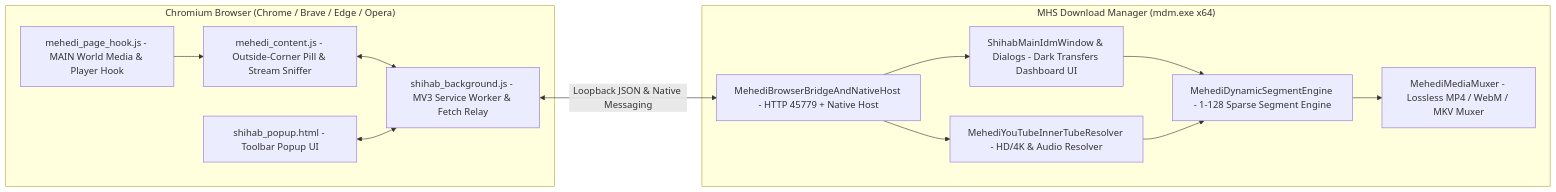
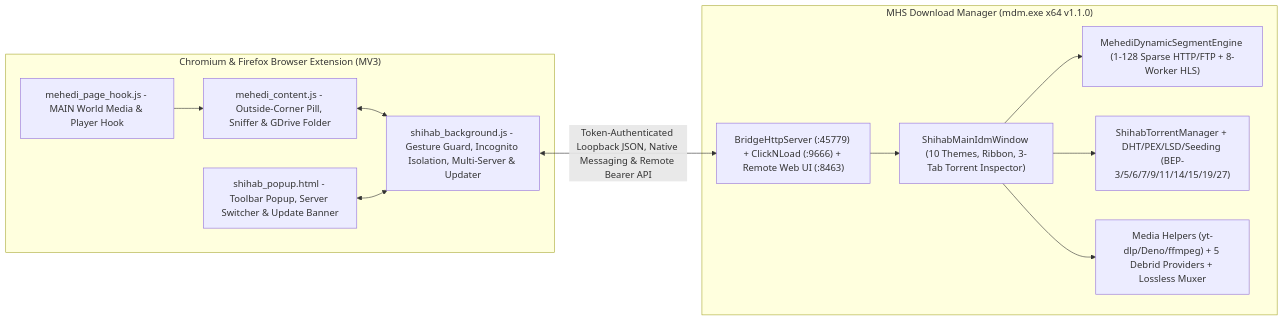
Before and after one commit to sshihabb007/MHS-DOWNLOAD-MANAGER: the diagram in README.md, drawn with Mermaid. The commit also changed other lines of this file and 57 other files, not shown here.

````diff
--- a/README.md
+++ b/README.md
@@ -144,28 +171,27 @@
 ```mermaid
 flowchart LR
-    subgraph Browser["Chromium Browser (Chrome / Brave / Edge / Opera)"]
+    subgraph Browser["Chromium & Firefox Browser Extension (MV3)"]
         PH["mehedi_page_hook.js - MAIN World Media & Player Hook"]
-        CS["mehedi_content.js - Outside-Corner Pill & Stream Sniffer"]
-        SW["shihab_background.js - MV3 Service Worker & Fetch Relay"]
-        PU["shihab_popup.html - Toolbar Popup UI"]
+        CS["mehedi_content.js - Outside-Corner Pill, Sniffer & GDrive Folder"]
+        SW["shihab_background.js - Gesture Guard, Incognito Isolation, Multi-Server & Updater"]
+        PU["shihab_popup.html - Toolbar Popup, Server Switcher & Update Banner"]
         PH --> CS
         CS <--> SW
         PU <--> SW
     end
 
-    subgraph Desktop["MHS Download Manager (mdm.exe x64)"]
-        BR["MehediBrowserBridgeAndNativeHost - HTTP 45779 + Native Host"]
-        UI["ShihabMainIdmWindow & Dialogs - Dark Transfers Dashboard UI"]
-        YT["MehediYouTubeInnerTubeResolver - HD/4K & Audio Resolver"]
-        DE["MehediDynamicSegmentEngine - 1-128 Sparse Segment Engine"]
-        MX["MehediMediaMuxer - Lossless MP4 / WebM / MKV Muxer"]
+    subgraph Desktop["MHS Download Manager (mdm.exe x64 v1.1.0)"]
+        BR["BridgeHttpServer (:45779) + ClickNLoad (:9666) + Remote Web UI (:8463)"]
+        UI["ShihabMainIdmWindow (10 Themes, Ribbon, 3-Tab Torrent Inspector)"]
+        DE["MehediDynamicSegmentEngine (1-128 Sparse HTTP/FTP + 8-Worker HLS)"]
+        BT["ShihabTorrentManager + DHT/PEX/LSD/Seeding (BEP-3/5/6/7/9/11/14/15/19/27)"]
+        MD["Media Helpers (yt-dlp/Deno/ffmpeg) + 5 Debrid Providers + Lossless Muxer"]
 
         BR --> UI
-        BR --> YT
         UI --> DE
-        YT --> DE
-        DE --> MX
+        UI --> BT
+        UI --> MD
     end
 
-    SW <-->|"Loopback JSON & Native Messaging"| BR
+    SW <-->|"Token-Authenticated Loopback JSON, Native Messaging & Remote Bearer API"| BR
 ```
````
